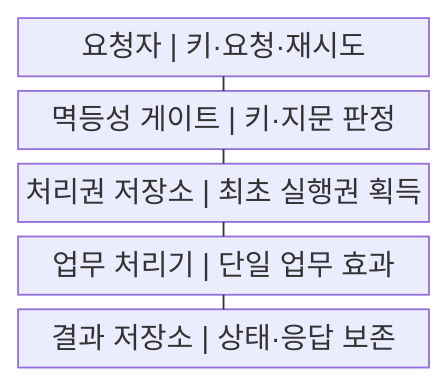
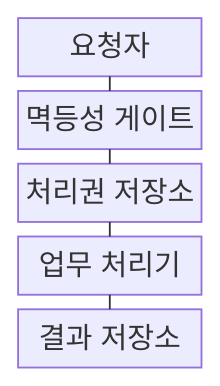
Before and after one commit to agnusdei1207/knowledge-base: the first of 2 diagrams in src/content/docs/notes/03-software/201_idempotency_design.md, drawn with Mermaid. The commit also changed other lines of this file and 238 other files, not shown here.

````diff
--- a/src/content/docs/notes/03-software/201_idempotency_design.md
+++ b/src/content/docs/notes/03-software/201_idempotency_design.md
@@ -56,13 +56,13 @@
 ```mermaid
-block
+block-beta
     columns 1
-    A["요청자 | 키·요청·재시도"]
-    B["멱등성 게이트 | 키·지문 판정"]
-    C["처리권 저장소 | 최초 실행권 획득"]
-    D["업무 처리기 | 단일 업무 효과"]
-    E["결과 저장소 | 상태·응답 보존"]
+    A["요청자"]
+    B["멱등성 게이트"]
+    C["처리권 저장소"]
+    D["업무 처리기"]
+    E["결과 저장소"]
     A --- B
     B --- C
     C --- D
     D --- E
 ```
````
